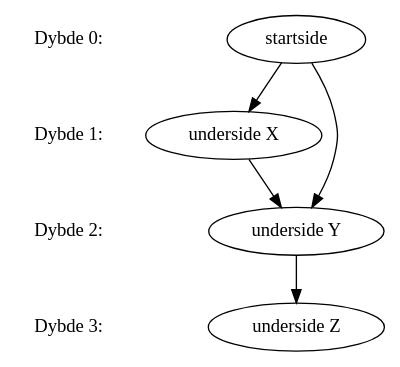
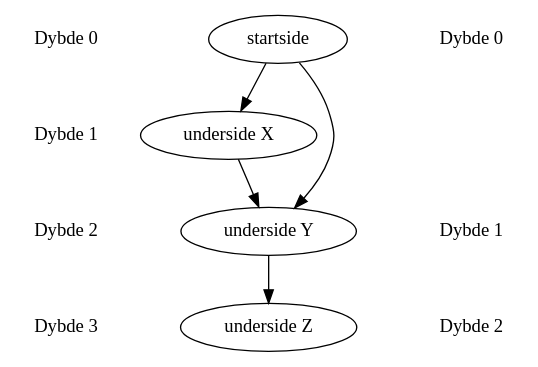
The diagram in rapport/depthtree.dot (athas/webanalyzer), drawn with Graphviz before and after one commit. The commit also changed 2 other files, not shown here.

```diff
--- a/rapport/depthtree.dot
+++ b/rapport/depthtree.dot
@@ -1,19 +1,27 @@
 digraph G
 {
-                struct5 [label="Dybde 0:", shape="none"];
-                struct6 [label="Dybde 1:", shape="none"];
-                struct7 [label="Dybde 2:", shape="none"];
-                struct8 [label="Dybde 3:", shape="none"];
+                struct5 [label="Dybde 0", shape="none"];
+                struct6 [label="Dybde 1", shape="none"];
+                struct7 [label="Dybde 2", shape="none"];
+                struct8 [label="Dybde 3", shape="none"];
                 struct5 -> struct6 [color="white", len="0.2", arrowhead="none"];
                 struct6 -> struct7 [color="white", len="0.2", arrowhead="none"];
                 struct7 -> struct8 [color="white", len="0.2", arrowhead="none"];
                 
                 struct1 [label="startside"];
                 struct2 [label="underside X"];
                 struct3 [label="underside Y"];
                 struct4 [label="underside Z"];
                 struct1 -> struct2
                 struct1 -> struct3;
                 struct2 -> struct3;
                 struct3 -> struct4;
+
+                struct9 [label="Dybde 0", shape="none"];
+                struct10 [label="", shape="none"];
+                struct11 [label="Dybde 1", shape="none"];
+                struct12 [label="Dybde 2", shape="none"];
+                struct9 -> struct10 [color="white", len="0.2", arrowhead="none"];
+                struct10 -> struct11 [color="white", len="0.2", arrowhead="none"];
+                struct11 -> struct12 [color="white", len="0.2", arrowhead="none"];
 }
```
